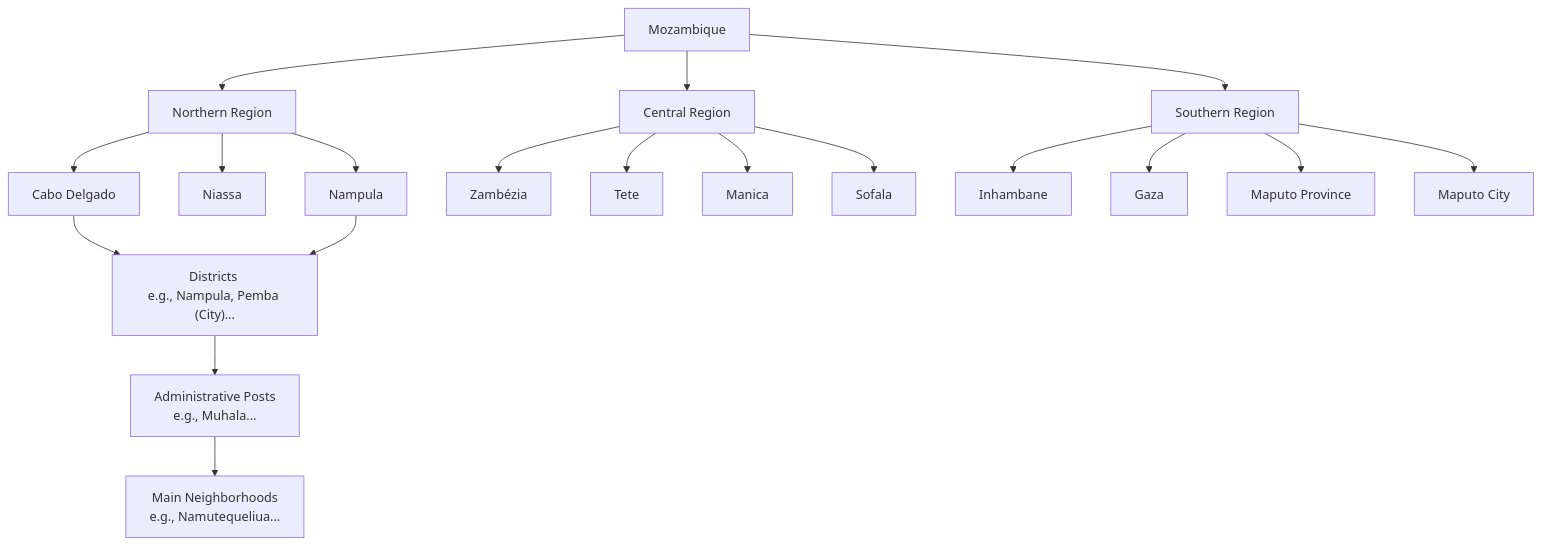
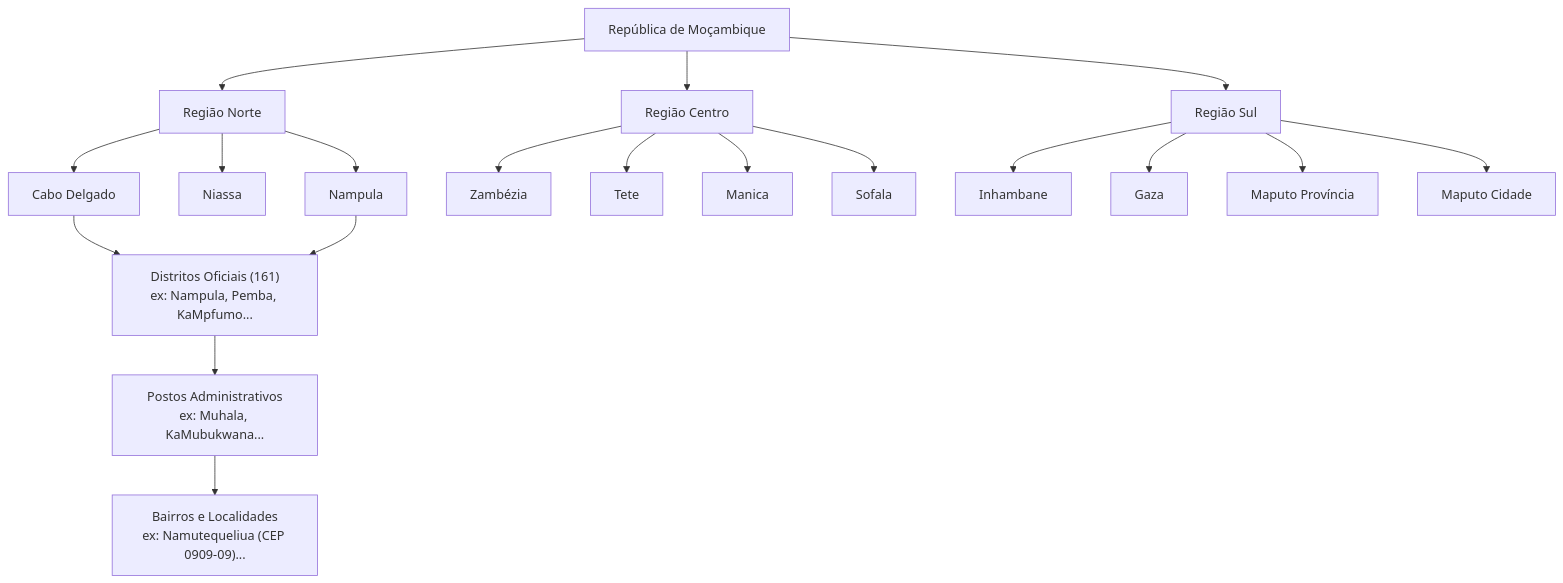
Before and after one commit to iradoweck/moz-utils: the second of 2 diagrams in docs/mozambiquekiwi.md, drawn with Mermaid. The commit also changed other lines of this file and 64 other files, not shown here.

````diff
--- a/docs/mozambiquekiwi.md
+++ b/docs/mozambiquekiwi.md
@@ -42,25 +78,25 @@
 ```mermaid
 graph TD
-    Moz[Mozambique] --> N["Northern Region"]
-    Moz --> C["Central Region"]
-    Moz --> S["Southern Region"]
+    Moz[República de Moçambique] --> N["Região Norte"]
+    Moz --> C["Região Centro"]
+    Moz --> S["Região Sul"]
 
     N --> CD["Cabo Delgado"]
     N --> NS["Niassa"]
     N --> NPL["Nampula"]
 
     C --> ZMB["Zambézia"]
     C --> TT["Tete"]
     C --> MN["Manica"]
     C --> SF["Sofala"]
 
     S --> INH["Inhambane"]
     S --> GZ["Gaza"]
-    S --> MPT["Maputo Province"]
-    S --> MC["Maputo City"]
+    S --> MPT["Maputo Província"]
+    S --> MC["Maputo Cidade"]
 
-    CD --> D["Districts <br/>e.g., Nampula, Pemba (City)..."]
+    CD --> D["Distritos Oficiais (161)<br/>ex: Nampula, Pemba, KaMpfumo..."]
     NPL --> D
-    D --> PA["Administrative Posts <br/>e.g., Muhala..."]
-    PA --> B["Main Neighborhoods <br/>e.g., Namutequeliua..."]
+    D --> PA["Postos Administrativos<br/>ex: Muhala, KaMubukwana..."]
+    PA --> B["Bairros e Localidades<br/>ex: Namutequeliua (CEP 0909-09)..."]
 ```
````
